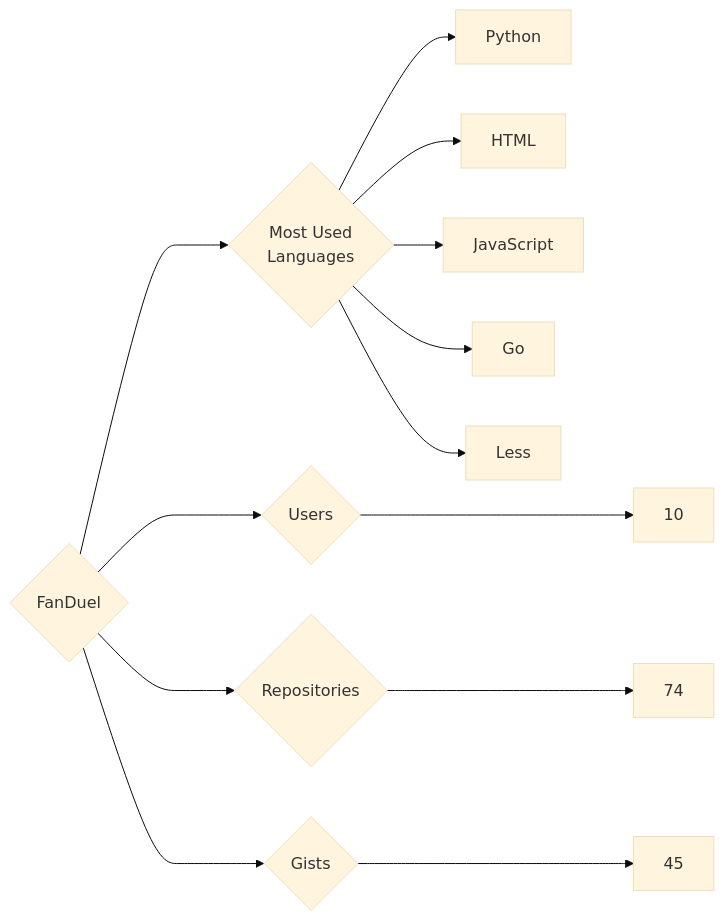
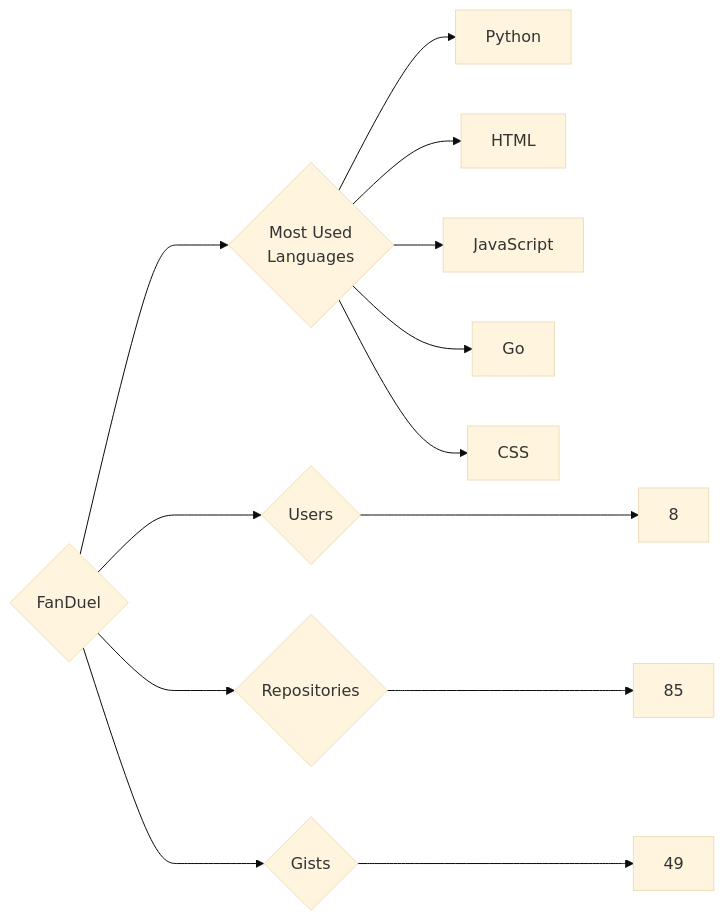
One commit to trickest/insiders changed the diagram in targets/FanDuel/README.md. Above: the diagram before and after it, drawn with Mermaid (base theme). The commit also changed 1084 other files, not shown here.

````diff
--- a/targets/FanDuel/README.md
+++ b/targets/FanDuel/README.md
@@ -3,13 +3,13 @@
 ```mermaid
 graph LR
 COMPANY_NAME{FanDuel}
-COMPANY_NAME ---> U{Users} ---> UN[10]
-COMPANY_NAME ---> R{Repositories} ---> RN[74]
-COMPANY_NAME ---> G{Gists} ---> GN[45]
+COMPANY_NAME ---> U{Users} ---> UN[8]
+COMPANY_NAME ---> R{Repositories} ---> RN[85]
+COMPANY_NAME ---> G{Gists} ---> GN[49]
 COMPANY_NAME ---> ML{Most Used<br>Languages}
 ML --> Python[Python]
 ML --> HTML[HTML]
 ML --> JavaScript[JavaScript]
 ML --> Go[Go]
-ML --> Less[Less]
+ML --> CSS[CSS]
 ```
````
